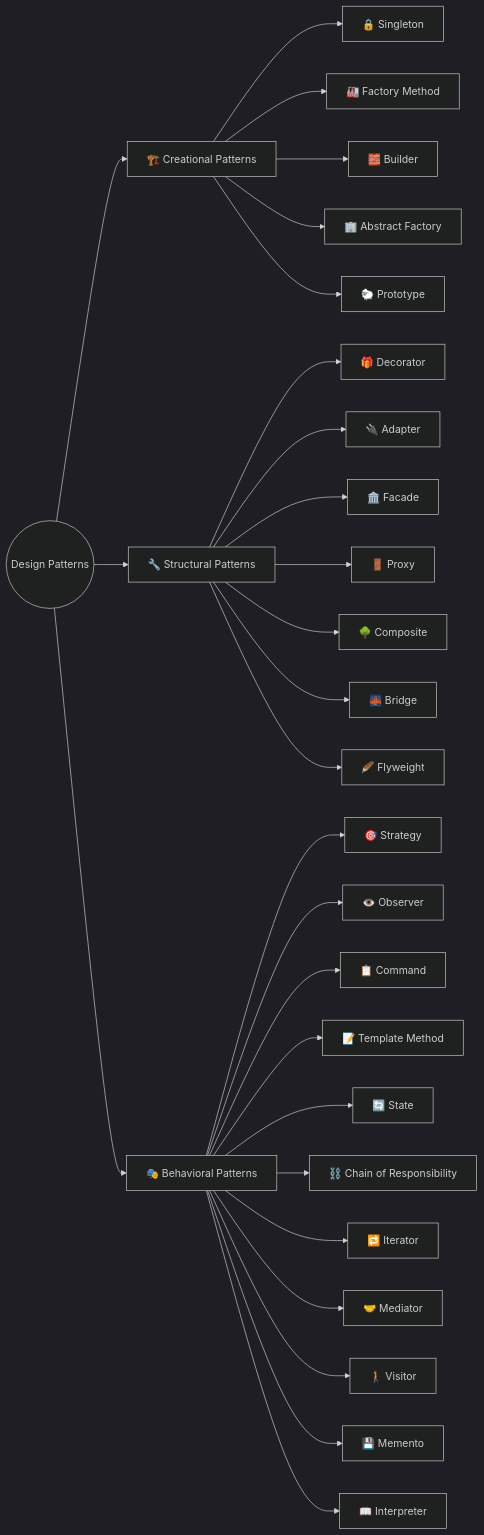
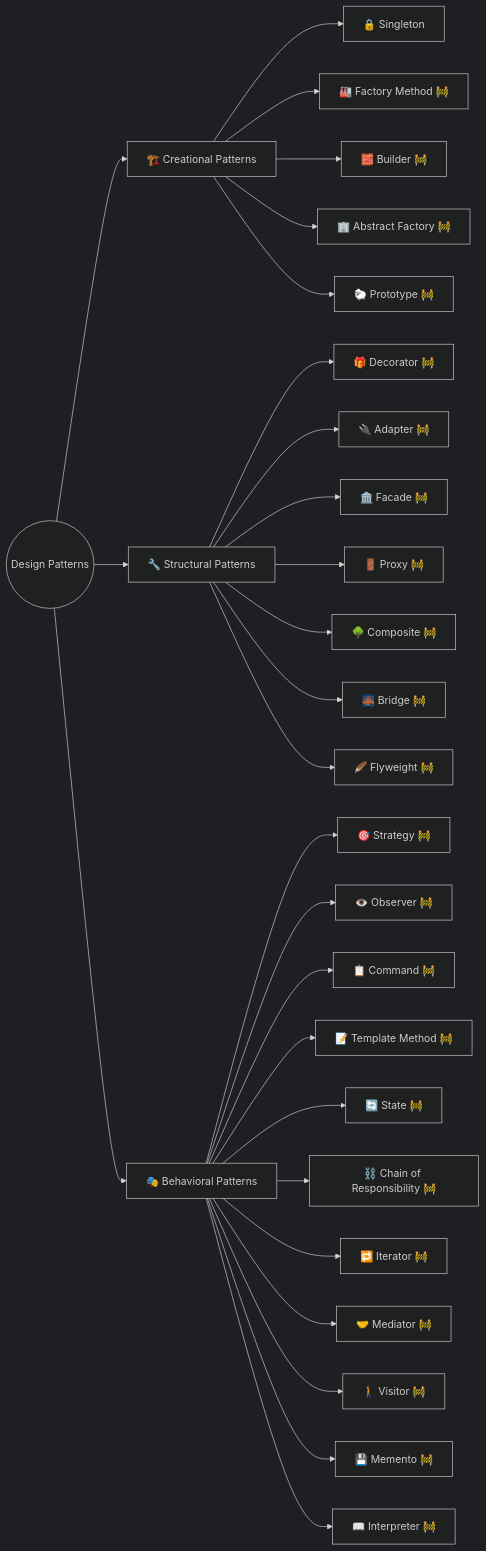
The diagram in content/courses/design-patterns/_index.md (NetRecipes/NetRecipes.github.io), drawn with Mermaid (dark theme) before and after one commit. The commit also changed 1 other file, not shown here.

Commit message:
.NET Aspire + Dapr - Phase 2 Plan

````diff
--- a/content/courses/design-patterns/_index.md
+++ b/content/courses/design-patterns/_index.md
@@ -32,30 +32,30 @@
     behavioral[🎭 Behavioral Patterns]
     
     singleton[🔒 Singleton]
-    factory[🏭 Factory Method]
-    builder[🧱 Builder]
-    abstract-factory[🏢 Abstract Factory]
-    prototype[🐑 Prototype]
+    factory[🏭 Factory Method 🚧]
+    builder[🧱 Builder 🚧]
+    abstract-factory[🏢 Abstract Factory 🚧]
+    prototype[🐑 Prototype 🚧]
     
-    decorator[🎁 Decorator]
-    adapter[🔌 Adapter]
-    facade[🏛️ Facade]
-    proxy[🚪 Proxy]
-    composite[🌳 Composite]
-    bridge[🌉 Bridge]
-    flyweight[🪶 Flyweight]
+    decorator[🎁 Decorator 🚧]
+    adapter[🔌 Adapter 🚧]
+    facade[🏛️ Facade 🚧]
+    proxy[🚪 Proxy 🚧]
+    composite[🌳 Composite 🚧]
+    bridge[🌉 Bridge 🚧]
+    flyweight[🪶 Flyweight 🚧]
     
-    strategy[🎯 Strategy]
-    observer[👁️ Observer]
-    command[📋 Command]
-    template[📝 Template Method]
-    state[🔄 State]
-    chain[⛓️ Chain of Responsibility]
-    iterator[🔁 Iterator]
-    mediator[🤝 Mediator]
-    visitor[🚶 Visitor]
-    memento[💾 Memento]
-    interpreter[📖 Interpreter]
+    strategy[🎯 Strategy 🚧]
+    observer[👁️ Observer 🚧]
+    command[📋 Command 🚧]
+    template[📝 Template Method 🚧]
+    state[🔄 State 🚧]
+    chain[⛓️ Chain of Responsibility 🚧]
+    iterator[🔁 Iterator 🚧]
+    mediator[🤝 Mediator 🚧]
+    visitor[🚶 Visitor 🚧]
+    memento[💾 Memento 🚧]
+    interpreter[📖 Interpreter 🚧]
     
     root --> creational
     root --> structural
@@ -86,34 +86,34 @@
     behavioral --> visitor
     behavioral --> memento
     behavioral --> interpreter
-    
-    click singleton "/courses/design-patterns/creational/singleton/" "Go to Singleton Pattern"
-    click factory "/courses/design-patterns/creational/factory-method/" "Go to Factory Method Pattern"
-    click builder "/courses/design-patterns/creational/builder/" "Go to Builder Pattern"
-    click abstract-factory "/courses/design-patterns/creational/abstract-factory/" "Go to Abstract Factory Pattern"
-    click prototype "/courses/design-patterns/creational/prototype/" "Go to Prototype Pattern"
-    
-    click decorator "/courses/design-patterns/structural/decorator/" "Go to Decorator Pattern"
-    click adapter "/courses/design-patterns/structural/adapter/" "Go to Adapter Pattern"
-    click facade "/courses/design-patterns/structural/facade/" "Go to Facade Pattern"
-    click proxy "/courses/design-patterns/structural/proxy/" "Go to Proxy Pattern"
-    click composite "/courses/design-patterns/structural/composite/" "Go to Composite Pattern"
-    click bridge "/courses/design-patterns/structural/bridge/" "Go to Bridge Pattern"
-    click flyweight "/courses/design-patterns/structural/flyweight/" "Go to Flyweight Pattern"
-    
-    click strategy "/courses/design-patterns/behavioral/strategy/" "Go to Strategy Pattern"
-    click observer "/courses/design-patterns/behavioral/observer/" "Go to Observer Pattern"
-    click command "/courses/design-patterns/behavioral/command/" "Go to Command Pattern"
-    click template "/courses/design-patterns/behavioral/template-method/" "Go to Template Method Pattern"
-    click state "/courses/design-patterns/behavioral/state/" "Go to State Pattern"
-    click chain "/courses/design-patterns/behavioral/chain-of-responsibility/" "Go to Chain of Responsibility Pattern"
-    click iterator "/courses/design-patterns/behavioral/iterator/" "Go to Iterator Pattern"
-    click mediator "/courses/design-patterns/behavioral/mediator/" "Go to Mediator Pattern"
-    click visitor "/courses/design-patterns/behavioral/visitor/" "Go to Visitor Pattern"
-    click memento "/courses/design-patterns/behavioral/memento/" "Go to Memento Pattern"
-    click interpreter "/courses/design-patterns/behavioral/interpreter/" "Go to Interpreter Pattern"
 
     click creational "/courses/design-patterns/creational" "Go to Creational"
     click structural "/courses/design-patterns/structural" "Go to Structural"
     click behavioral "/courses/design-patterns/behavioral" "Go to Behavioral"
+
+    click singleton "/courses/design-patterns/creational/singleton/" "Go to Singleton Pattern"
+    %% click factory "/courses/design-patterns/creational/factory-method/" "Go to Factory Method Pattern"
+    %% click builder "/courses/design-patterns/creational/builder/" "Go to Builder Pattern"
+    %% click abstract-factory "/courses/design-patterns/creational/abstract-factory/" "Go to Abstract Factory Pattern"
+    %% click prototype "/courses/design-patterns/creational/prototype/" "Go to Prototype Pattern"
+    
+    %% click decorator "/courses/design-patterns/structural/decorator/" "Go to Decorator Pattern"
+    %% click adapter "/courses/design-patterns/structural/adapter/" "Go to Adapter Pattern"
+    %% click facade "/courses/design-patterns/structural/facade/" "Go to Facade Pattern"
+    %% click proxy "/courses/design-patterns/structural/proxy/" "Go to Proxy Pattern"
+    %% click composite "/courses/design-patterns/structural/composite/" "Go to Composite Pattern"
+    %% click bridge "/courses/design-patterns/structural/bridge/" "Go to Bridge Pattern"
+    %% click flyweight "/courses/design-patterns/structural/flyweight/" "Go to Flyweight Pattern"
+    
+    %% click strategy "/courses/design-patterns/behavioral/strategy/" "Go to Strategy Pattern"
+    %% click observer "/courses/design-patterns/behavioral/observer/" "Go to Observer Pattern"
+    %% click command "/courses/design-patterns/behavioral/command/" "Go to Command Pattern"
+    %% click template "/courses/design-patterns/behavioral/template-method/" "Go to Template Method Pattern"
+    %% click state "/courses/design-patterns/behavioral/state/" "Go to State Pattern"
+    %% click chain "/courses/design-patterns/behavioral/chain-of-responsibility/" "Go to Chain of Responsibility Pattern"
+    %% click iterator "/courses/design-patterns/behavioral/iterator/" "Go to Iterator Pattern"
+    %% click mediator "/courses/design-patterns/behavioral/mediator/" "Go to Mediator Pattern"
+    %% click visitor "/courses/design-patterns/behavioral/visitor/" "Go to Visitor Pattern"
+    %% click memento "/courses/design-patterns/behavioral/memento/" "Go to Memento Pattern"
+    %% click interpreter "/courses/design-patterns/behavioral/interpreter/" "Go to Interpreter Pattern"
 ```
````
